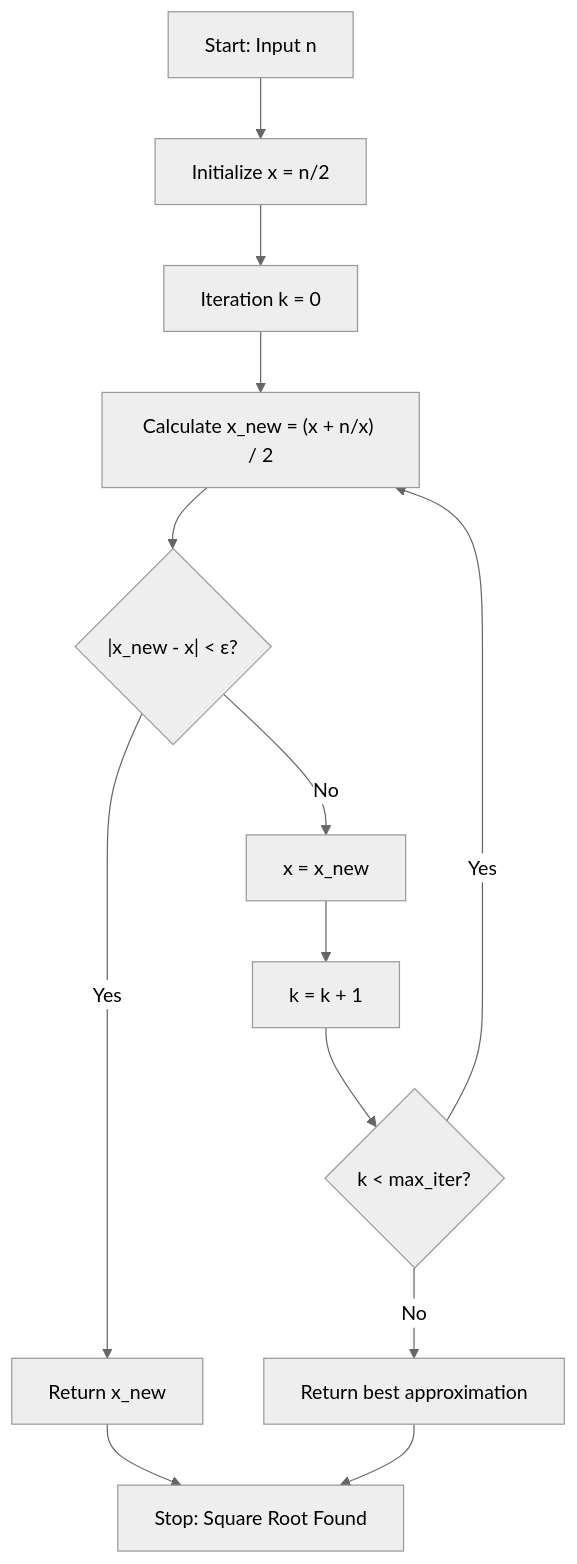
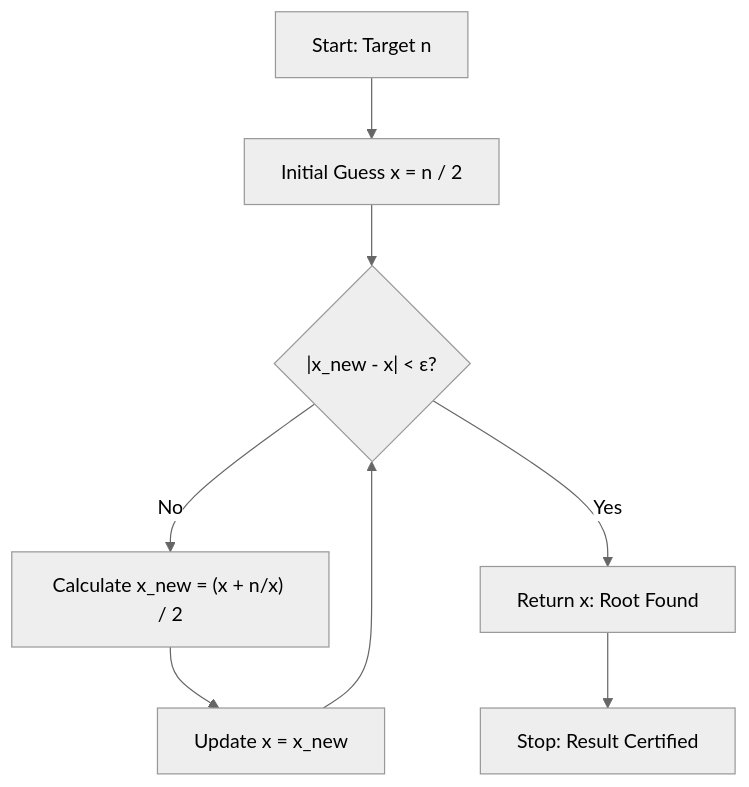
The first of 2 diagrams in Source Code/Square Root/README.md (Amey-Thakur/PYTHON-SHORTS), drawn with Mermaid (neutral theme) before and after one commit. The commit also changed other lines of this file, not shown here.

Commit message:
Python Shorts

````diff
--- a/Source Code/Square Root/README.md
+++ b/Source Code/Square Root/README.md
@@ -63,15 +66,10 @@
 ```mermaid
-graph TD
-    A["Start: Input n"] --> B["Initialize x = n/2"]
-    B --> C["Iteration k = 0"]
-    C --> D["Calculate x_new = (x + n/x) / 2"]
-    D --> E{"|x_new - x| < ε?"}
-    E -- Yes --> F["Return x_new"]
-    E -- No --> G["x = x_new"]
-    G --> H["k = k + 1"]
-    H --> I{"k < max_iter?"}
-    I -- Yes --> D
-    I -- No --> J["Return best approximation"]
-    F --> K["Stop: Square Root Found"]
-    J --> K
+flowchart TD
+    A["Start: Target n"] --> B["Initial Guess x = n / 2"]
+    B --> C{"|x_new - x| < ε?"}
+    C -- "No" --> D["Calculate x_new = (x + n/x) / 2"]
+    D --> E["Update x = x_new"]
+    E --> C
+    C -- "Yes" --> F["Return x: Root Found"]
+    F --> G["Stop: Result Certified"]
 ```
````
